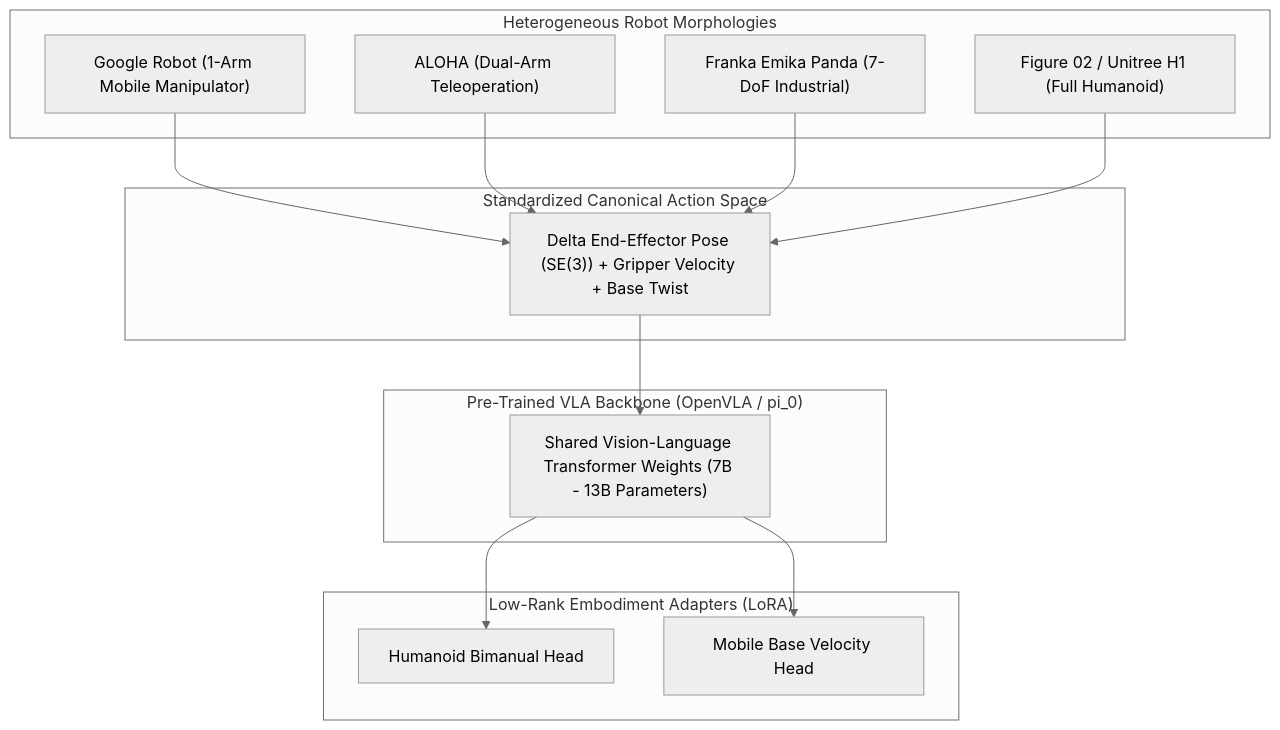
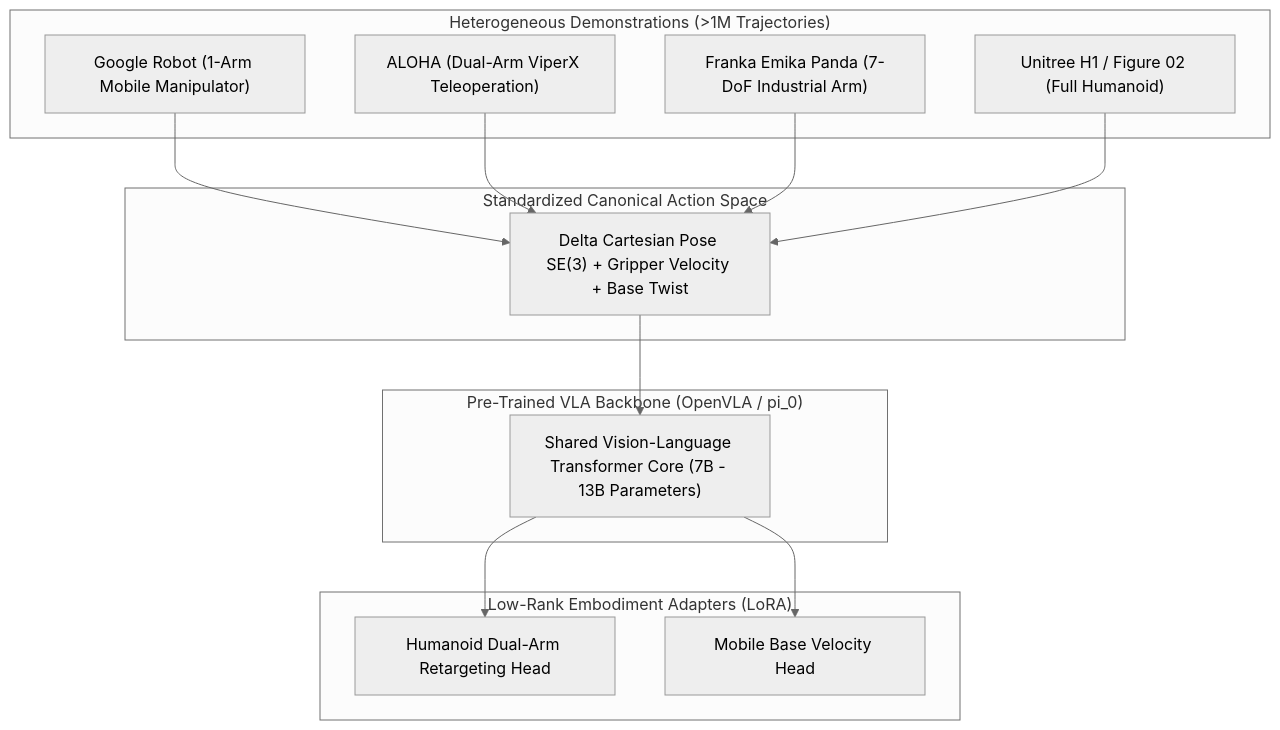
The second of 2 diagrams in ai-book-docs/module4-vla/4-1-introduction-to-vla-systems.mdx (MudassirT/Physical-AI-Humanoid-Robotics), drawn with Mermaid (neutral theme) before and after one commit. The commit also changed other lines of this file and 2 other files, not shown here.

Commit message:
docs(module4): expand VLA architectures, voice pipelines, and cognitive LLM planners

````diff
--- a/ai-book-docs/module4-vla/4-1-introduction-to-vla-systems.mdx
+++ b/ai-book-docs/module4-vla/4-1-introduction-to-vla-systems.mdx
@@ -124,30 +152,30 @@
 ```mermaid
 flowchart TD
-    subgraph Embodiments ["Heterogeneous Robot Morphologies"]
-        E1["Google Robot (1-Arm Mobile Manipulator)"]
-        E2["ALOHA (Dual-Arm Teleoperation)"]
-        E3["Franka Emika Panda (7-DoF Industrial)"]
-        E4["Figure 02 / Unitree H1 (Full Humanoid)"]
+    subgraph HeterogeneousData ["Heterogeneous Demonstrations (>1M Trajectories)"]
+        R1["Google Robot (1-Arm Mobile Manipulator)"]
+        R2["ALOHA (Dual-Arm ViperX Teleoperation)"]
+        R3["Franka Emika Panda (7-DoF Industrial Arm)"]
+        R4["Unitree H1 / Figure 02 (Full Humanoid)"]
     end
 
     subgraph ActionNormalization ["Standardized Canonical Action Space"]
-        Norm["Delta End-Effector Pose (SE(3)) + Gripper Velocity + Base Twist"]
+        Norm["Delta Cartesian Pose SE(3) + Gripper Velocity + Base Twist"]
     end
 
     subgraph FoundationModel ["Pre-Trained VLA Backbone (OpenVLA / pi_0)"]
-        SharedWeights["Shared Vision-Language Transformer Weights (7B - 13B Parameters)"]
+        SharedWeights["Shared Vision-Language Transformer Core (7B - 13B Parameters)"]
     end
 
     subgraph EmbodimentAdapters ["Low-Rank Embodiment Adapters (LoRA)"]
-        Adapt1["Humanoid Bimanual Head"]
+        Adapt1["Humanoid Dual-Arm Retargeting Head"]
         Adapt2["Mobile Base Velocity Head"]
     end
 
-    E1 --> Norm
-    E2 --> Norm
-    E3 --> Norm
-    E4 --> Norm
+    R1 --> Norm
+    R2 --> Norm
+    R3 --> Norm
+    R4 --> Norm
     Norm --> SharedWeights
     SharedWeights --> Adapt1
     SharedWeights --> Adapt2
 ```
````
